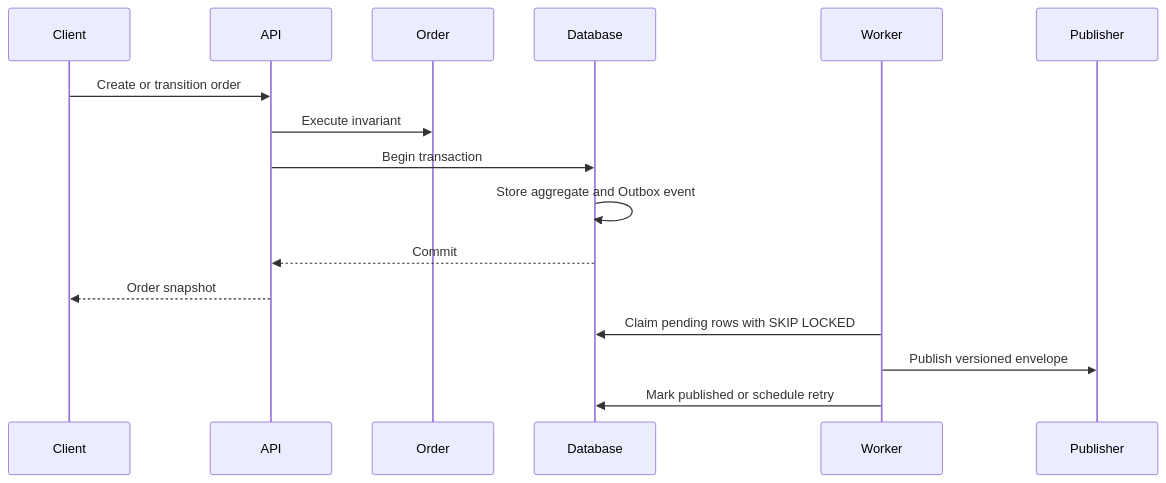
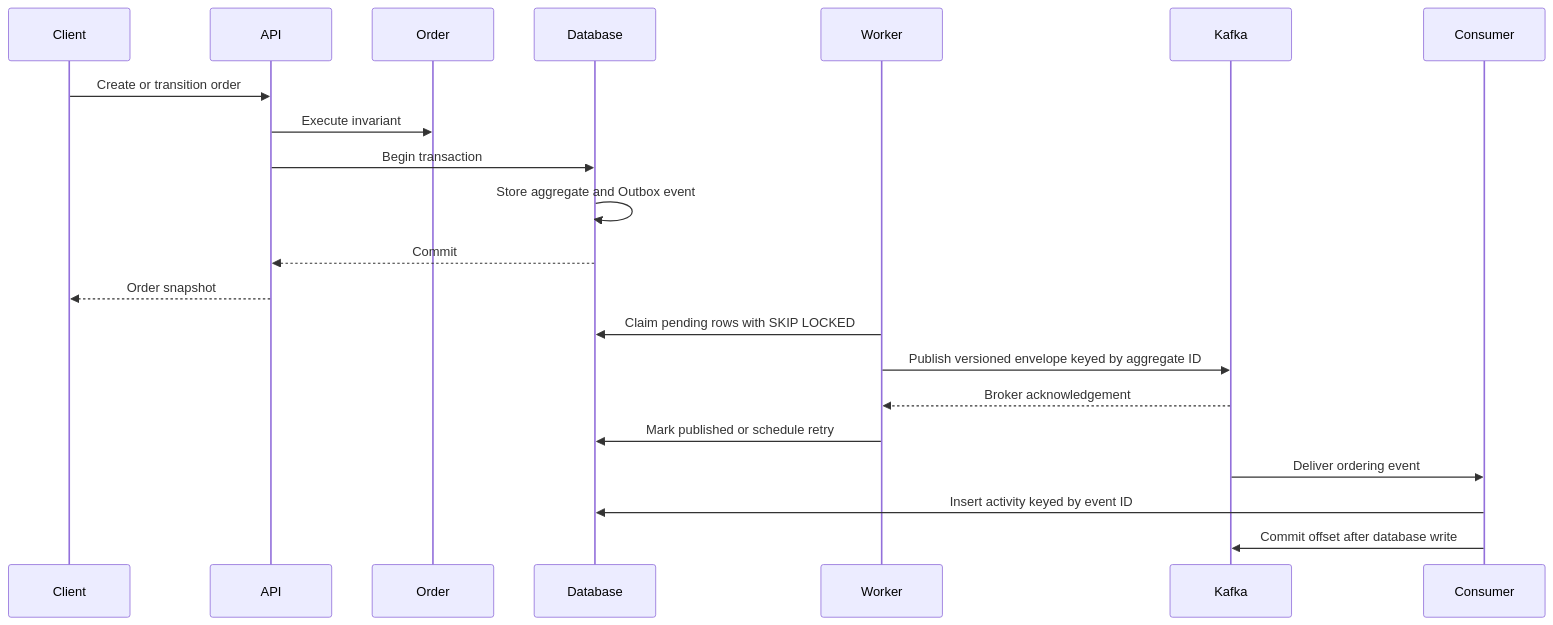
Before and after one commit to hyojii00/afds-nest-starter: the second of 2 diagrams in docs/arch/system.md, drawn with Mermaid. The commit also changed other lines of this file and 42 other files, not shown here.

Commit message:
feat: add Kafka event delivery flow

````diff
--- a/docs/arch/system.md
+++ b/docs/arch/system.md
@@ -21,18 +23,23 @@
 ```mermaid
 sequenceDiagram
   participant Client
   participant API
   participant Order
   participant Database
   participant Worker
-  participant Publisher
+  participant Kafka
+  participant Consumer
   Client->>API: Create or transition order
   API->>Order: Execute invariant
   API->>Database: Begin transaction
   Database->>Database: Store aggregate and Outbox event
   Database-->>API: Commit
   API-->>Client: Order snapshot
   Worker->>Database: Claim pending rows with SKIP LOCKED
-  Worker->>Publisher: Publish versioned envelope
+  Worker->>Kafka: Publish versioned envelope keyed by aggregate ID
+  Kafka-->>Worker: Broker acknowledgement
   Worker->>Database: Mark published or schedule retry
+  Kafka->>Consumer: Deliver ordering event
+  Consumer->>Database: Insert activity keyed by event ID
+  Consumer->>Kafka: Commit offset after database write
 ```
````
